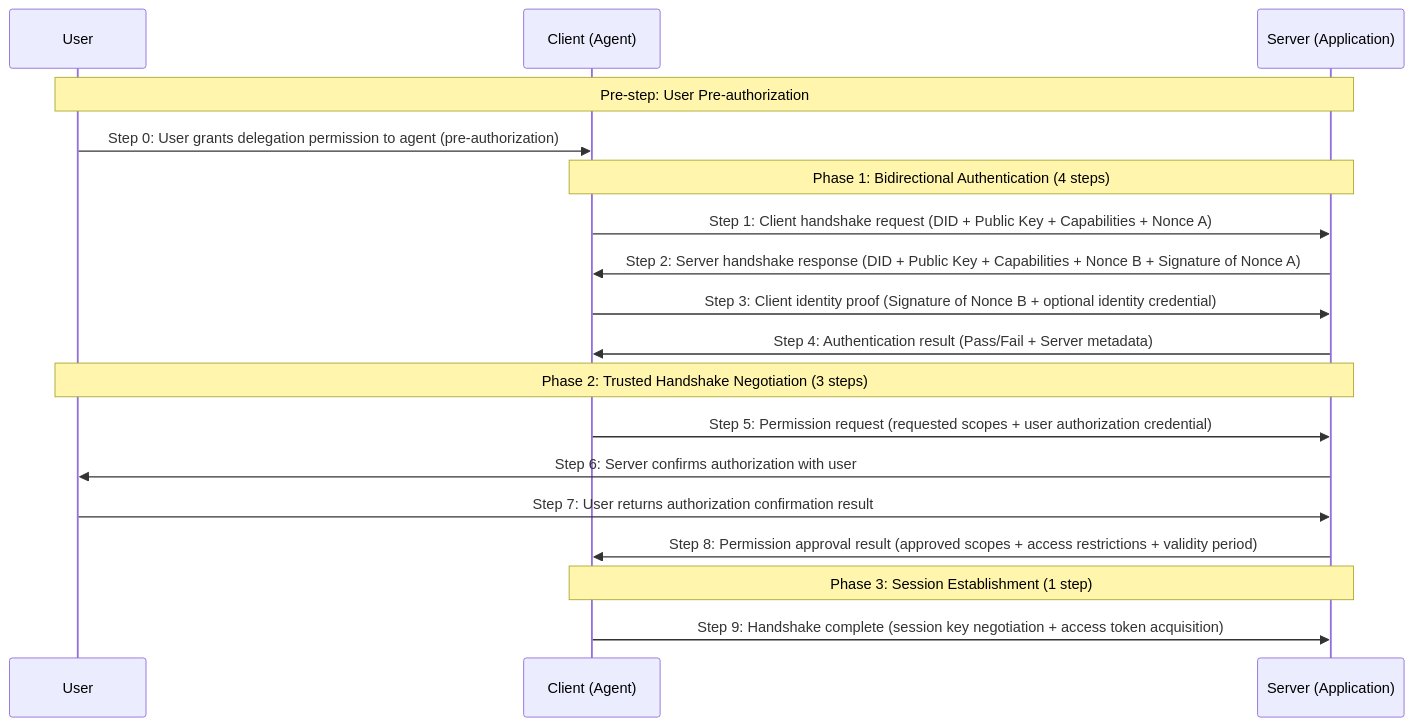
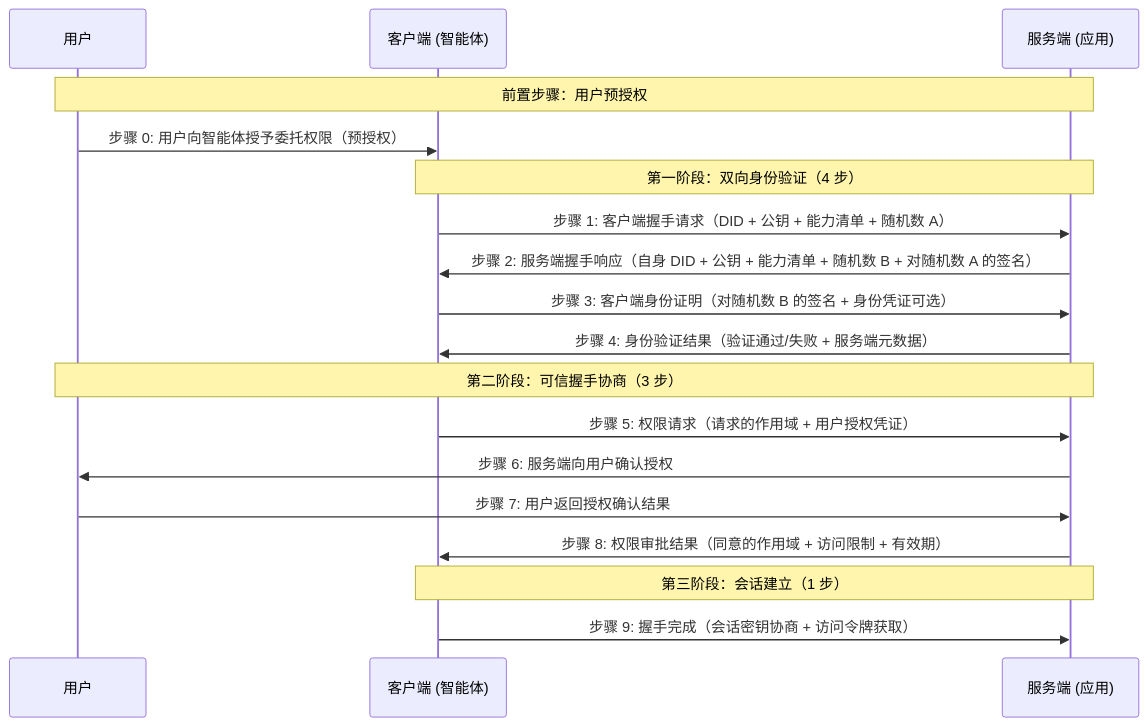
The diagram in README.md (ath-protocol/agent-trust-handshake-protocol), drawn with Mermaid before and after one commit. The commit also changed other lines of this file and 2 other files, not shown here.

````diff
--- a/README.md
+++ b/README.md
@@ -91,24 +92,24 @@
 ```mermaid
 sequenceDiagram
-    participant U as User
-    participant C as Client (Agent)
-    participant S as Server (Application)
+    participant U as 用户
+    participant C as 客户端 (智能体)
+    participant S as 服务端 (应用)
     
-    Note over U,S: Pre-step: User Pre-authorization
-    U->>C: Step 0: User grants delegation permission to agent (pre-authorization)
+    Note over U,S: 前置步骤：用户预授权
+    U->>C: 步骤 0: 用户向智能体授予委托权限（预授权）
     
-    Note over C,S: Phase 1: Bidirectional Authentication (4 steps)
-    C->>S: Step 1: Client handshake request (DID + Public Key + Capabilities + Nonce A)
-    S->>C: Step 2: Server handshake response (DID + Public Key + Capabilities + Nonce B + Signature of Nonce A)
-    C->>S: Step 3: Client identity proof (Signature of Nonce B + optional identity credential)
-    S->>C: Step 4: Authentication result (Pass/Fail + Server metadata)
+    Note over C,S: 第一阶段：双向身份验证（4 步）
+    C->>S: 步骤 1: 客户端握手请求（DID + 公钥 + 能力清单 + 随机数 A）
+    S->>C: 步骤 2: 服务端握手响应（自身 DID + 公钥 + 能力清单 + 随机数 B + 对随机数 A 的签名）
+    C->>S: 步骤 3: 客户端身份证明（对随机数 B 的签名 + 身份凭证可选）
+    S->>C: 步骤 4: 身份验证结果（验证通过/失败 + 服务端元数据）
     
-    Note over U,S: Phase 2: Trusted Handshake Negotiation (3 steps)
-    C->>S: Step 5: Permission request (requested scopes + user authorization credential)
-    S->>U: Step 6: Server confirms authorization with user
-    U->>S: Step 7: User returns authorization confirmation result
-    S->>C: Step 8: Permission approval result (approved scopes + access restrictions + validity period)
+    Note over U,S: 第二阶段：可信握手协商（3 步）
+    C->>S: 步骤 5: 权限请求（请求的作用域 + 用户授权凭证）
+    S->>U: 步骤 6: 服务端向用户确认授权
+    U->>S: 步骤 7: 用户返回授权确认结果
+    S->>C: 步骤 8: 权限审批结果（同意的作用域 + 访问限制 + 有效期）
     
-    Note over C,S: Phase 3: Session Establishment (1 step)
-    C->>S: Step 9: Handshake complete (session key negotiation + access token acquisition)
+    Note over C,S: 第三阶段：会话建立（1 步）
+    C->>S: 步骤 9: 握手完成（会话密钥协商 + 访问令牌获取）
 ```
````
